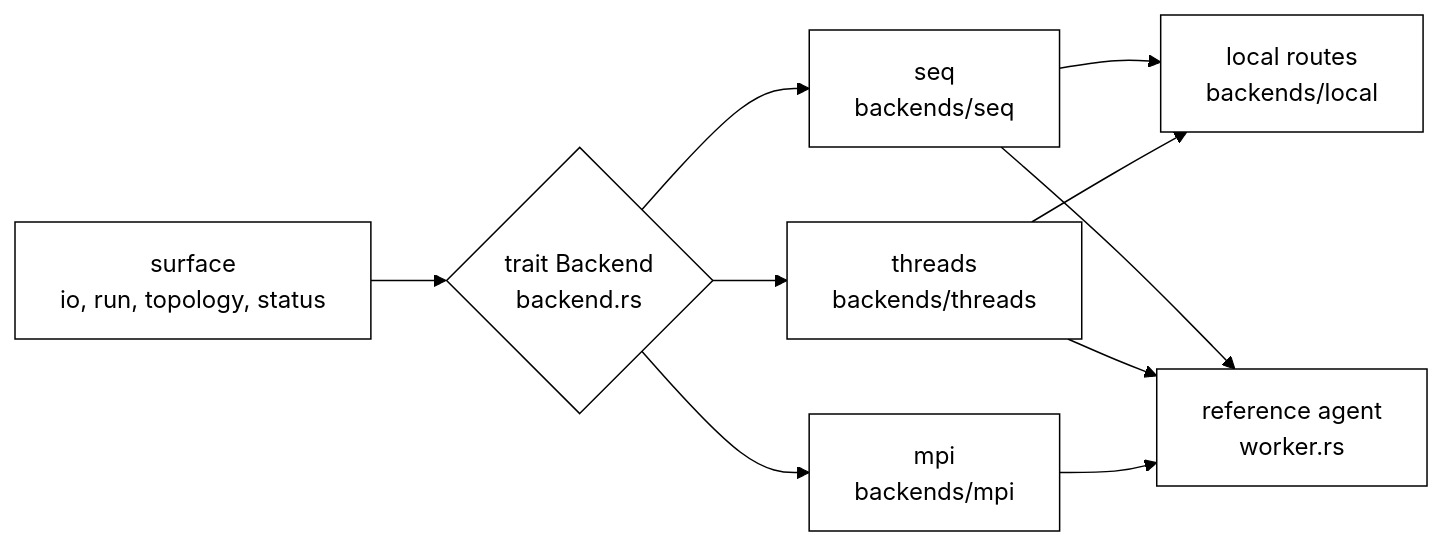
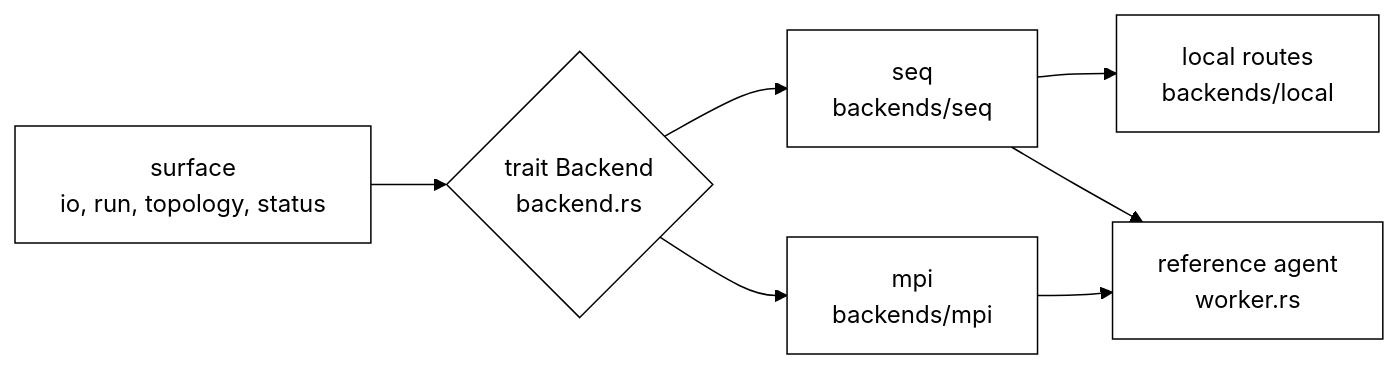
The diagram in docs/backends.md (PKD667/trame), drawn with Mermaid before and after one commit. The commit also changed other lines of this file and 16 other files, not shown here.

````diff
--- a/docs/backends.md
+++ b/docs/backends.md
@@ -23,13 +23,10 @@
 ```mermaid
 %%{init: {'theme':'base','themeVariables':{'primaryColor':'#ffffff','primaryTextColor':'#000000','primaryBorderColor':'#000000','lineColor':'#000000','secondaryColor':'#ffffff','tertiaryColor':'#ffffff','clusterBkg':'#ffffff','clusterBorder':'#000000','edgeLabelBackground':'#ffffff','actorBkg':'#ffffff','actorBorder':'#000000','actorTextColor':'#000000','actorLineColor':'#000000','signalColor':'#000000','signalTextColor':'#000000','noteBkgColor':'#ffffff','noteBorderColor':'#000000','noteTextColor':'#000000','labelBoxBkgColor':'#ffffff','labelBoxBorderColor':'#000000','fontFamily':'monospace'},'themeCSS':'rect.actor,rect.note,.note rect,.statediagram-note rect{fill:#fff!important;stroke:#000!important} line,.actor-line{stroke:#000!important} .arrowheadPath,marker path{fill:#000!important;stroke:#000!important} circle.state-end{stroke:#000!important} text,.noteText,.state-note text{fill:#000!important}'}}%%
 flowchart LR
   S["surface<br/>io, run, topology, status"] --> T{"trait Backend<br/>backend.rs"}
   T --> Q["seq<br/>backends/seq"]
-  T --> H["threads<br/>backends/threads"]
   T --> M["mpi<br/>backends/mpi"]
   Q --> RT["local routes<br/>backends/local"]
-  H --> RT
   Q --> A["reference agent<br/>worker.rs"]
-  H --> A
   M --> A
 ```
````
